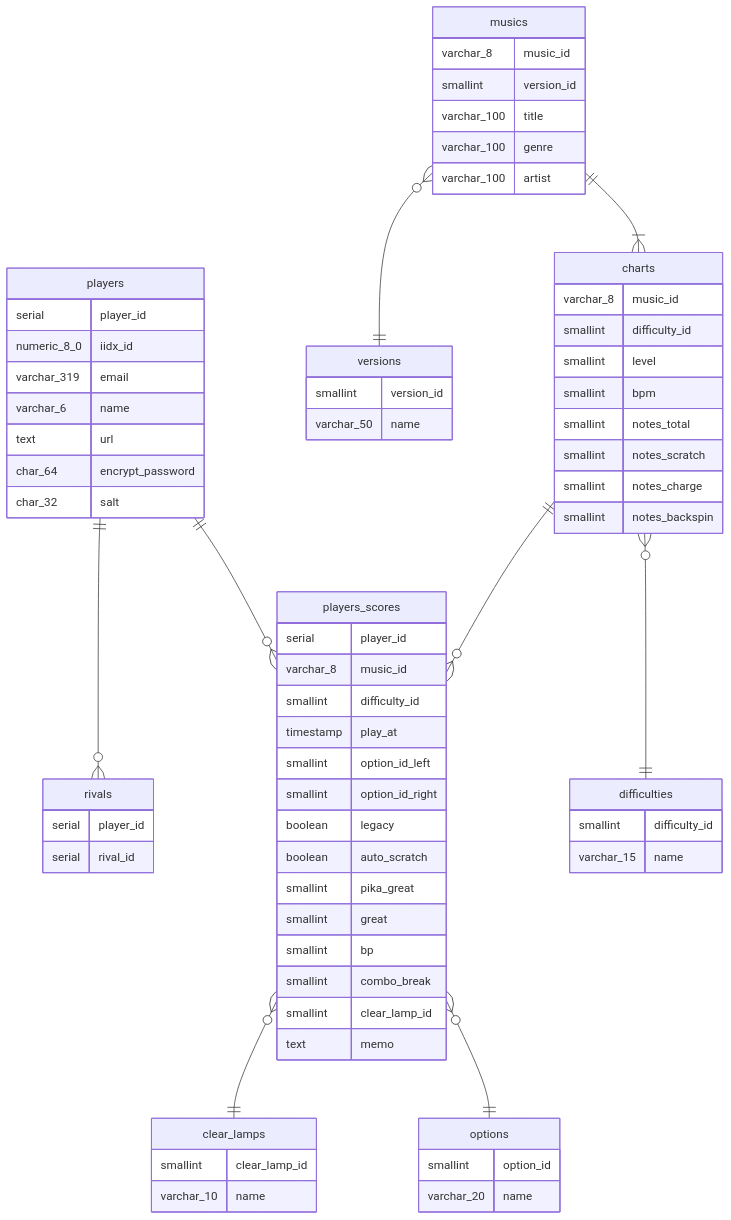
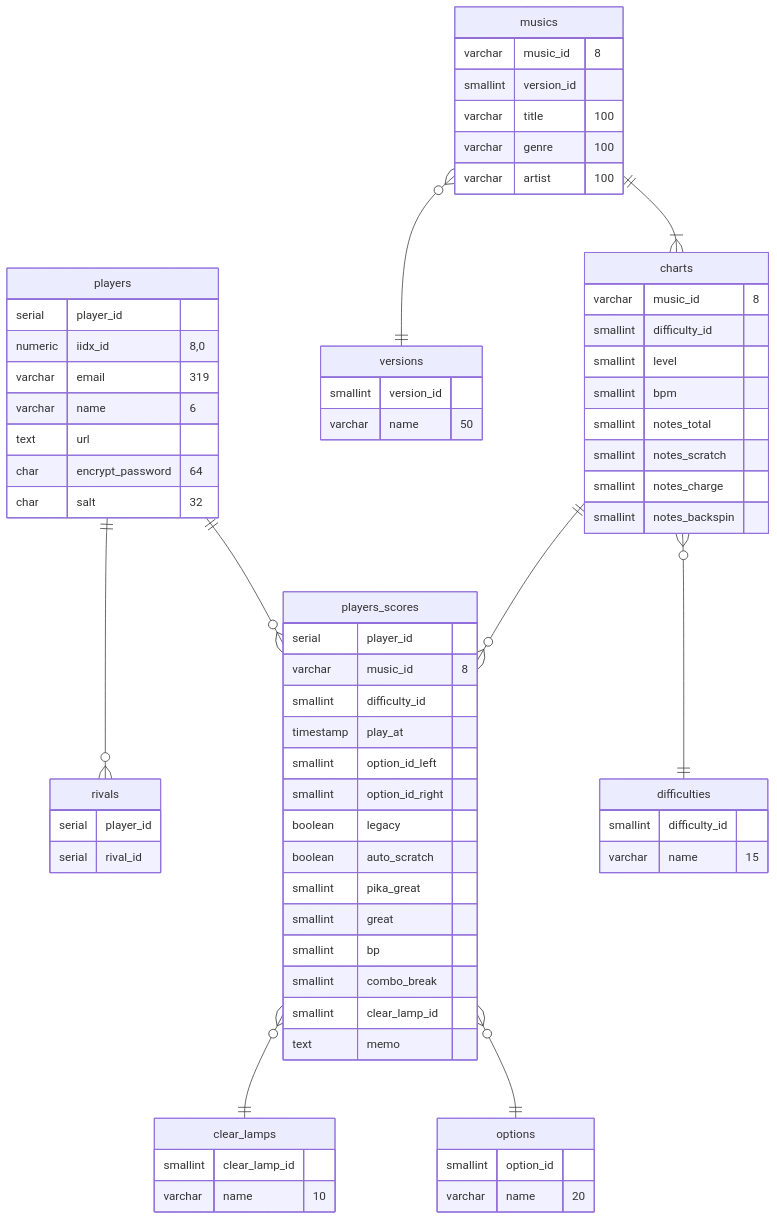
The diagram in ER_Diagram.md (tn369/dbr-manager), drawn with Mermaid before and after one commit.

Commit message:
refactor 列名に書いてた桁数を備考に移動

````diff
--- a/ER_Diagram.md
+++ b/ER_Diagram.md
@@ -15,12 +15,12 @@
 
 players{
     serial player_id
-    numeric_8_0 iidx_id
-    varchar_319 email
-    varchar_6 name
+    numeric iidx_id "8,0"
+    varchar email "319"
+    varchar name "6"
     text url
-    char_64 encrypt_password
-    char_32 salt
+    char encrypt_password "64"
+    char salt "32"
 }
 
 rivals {
@@ -30,7 +30,7 @@
 
 players_scores {
     serial player_id
-    varchar_8 music_id
+    varchar music_id "8"
     smallint difficulty_id
     timestamp play_at
     smallint option_id_left
@@ -47,29 +47,29 @@
 
 clear_lamps {
     smallint clear_lamp_id
-    varchar_10 name
+    varchar name "10"
 }
 
 options {
     smallint option_id
-    varchar_20 name
+    varchar name "20"
 }
 
 musics {
-    varchar_8 music_id
+    varchar music_id "8"
     smallint version_id
-    varchar_100 title
-    varchar_100 genre
-    varchar_100 artist
+    varchar title "100"
+    varchar genre "100"
+    varchar artist "100"
 }
 
 versions {
     smallint version_id
-    varchar_50 name
+    varchar name "50"
 }
 
 charts {
-    varchar_8 music_id
+    varchar music_id "8"
     smallint difficulty_id
     smallint level
     smallint bpm
@@ -81,7 +81,7 @@
 
 difficulties {
     smallint difficulty_id
-    varchar_15 name
+    varchar name "15"
 }
 
 ```
````
